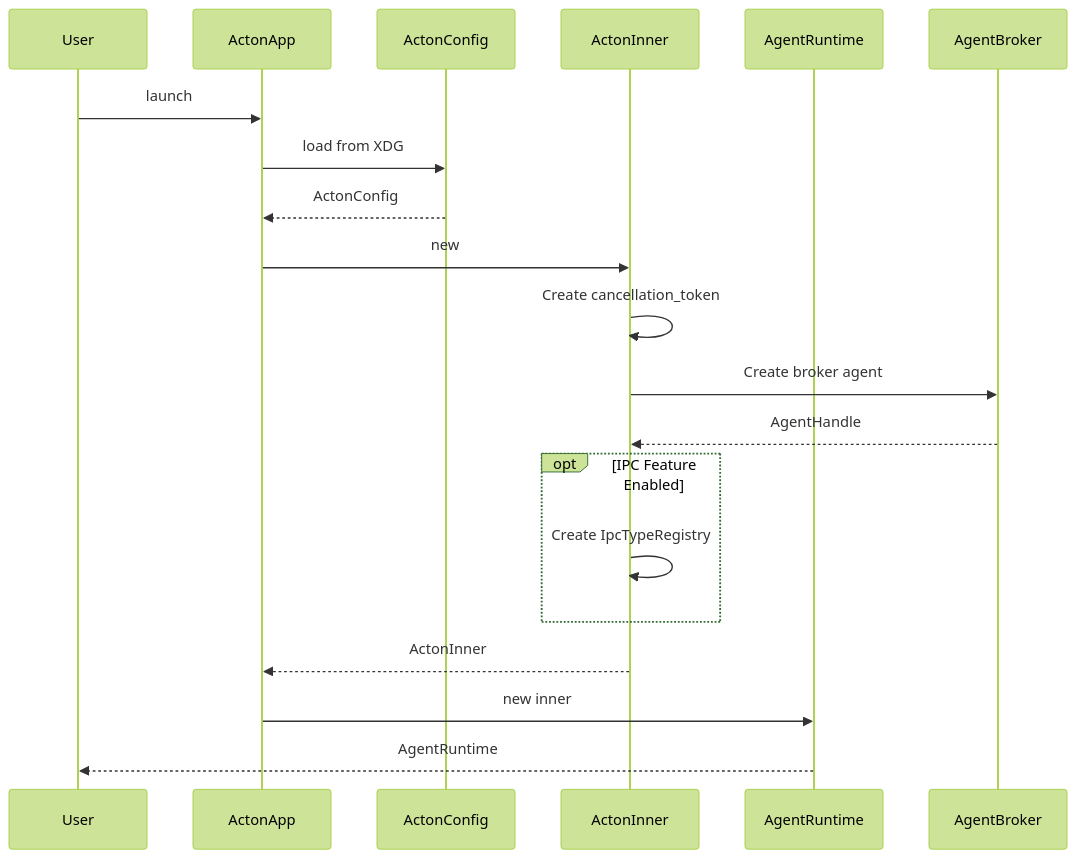
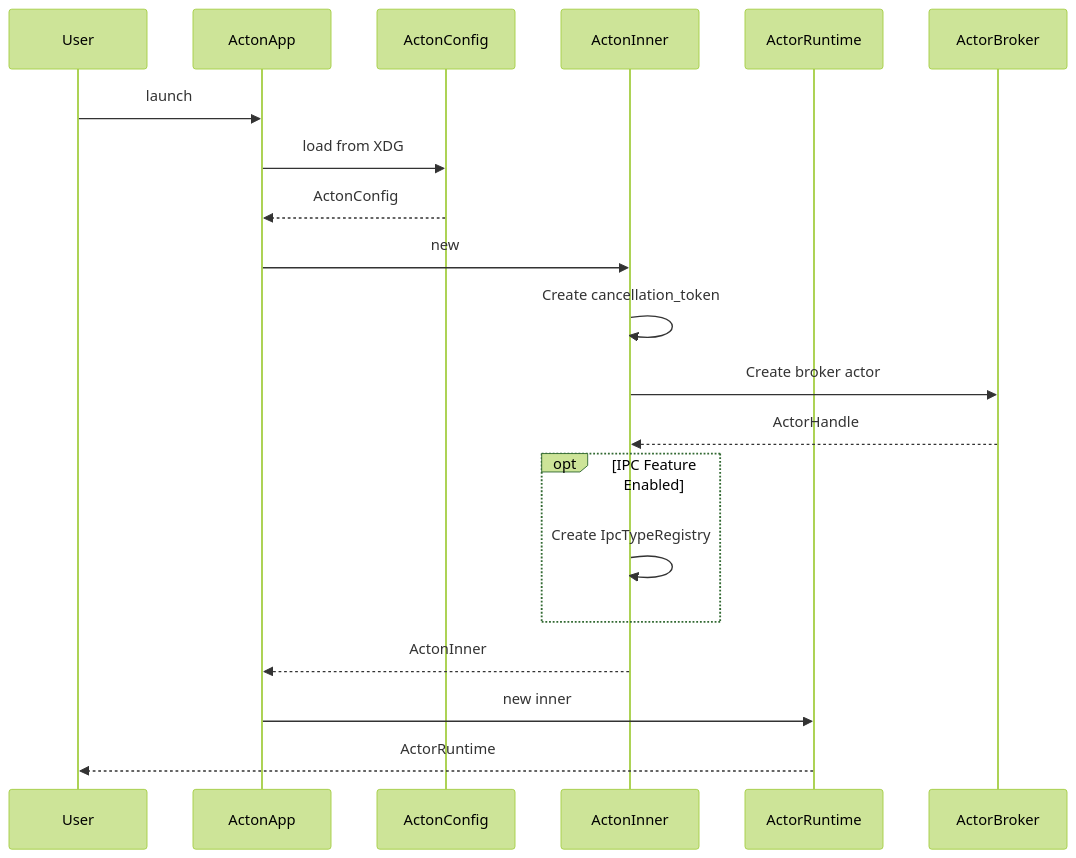
Diagram 11 of 12 in acton-docs-site/src/app/docs/architecture/page.md (Govcraft/acton-reactive), drawn with Mermaid (forest theme) before and after one commit. The commit also changed other lines of this file and 115 other files, not shown here.

````diff
--- a/acton-docs-site/src/app/docs/architecture/page.md
+++ b/acton-docs-site/src/app/docs/architecture/page.md
@@ -542,26 +596,26 @@
 ```mermaid
 sequenceDiagram
     participant User
     participant ActonApp
     participant Config as ActonConfig
     participant Inner as ActonInner
-    participant Runtime as AgentRuntime
-    participant Broker as AgentBroker
+    participant Runtime as ActorRuntime
+    participant Broker as ActorBroker
 
     User->>ActonApp: launch
     ActonApp->>Config: load from XDG
     Config-->>ActonApp: ActonConfig
 
     ActonApp->>Inner: new
     Inner->>Inner: Create cancellation_token
-    Inner->>Broker: Create broker agent
-    Broker-->>Inner: AgentHandle
+    Inner->>Broker: Create broker actor
+    Broker-->>Inner: ActorHandle
 
     opt IPC Feature Enabled
         Inner->>Inner: Create IpcTypeRegistry
     end
 
     Inner-->>ActonApp: ActonInner
     ActonApp->>Runtime: new inner
-    Runtime-->>User: AgentRuntime
+    Runtime-->>User: ActorRuntime
 ```
````
